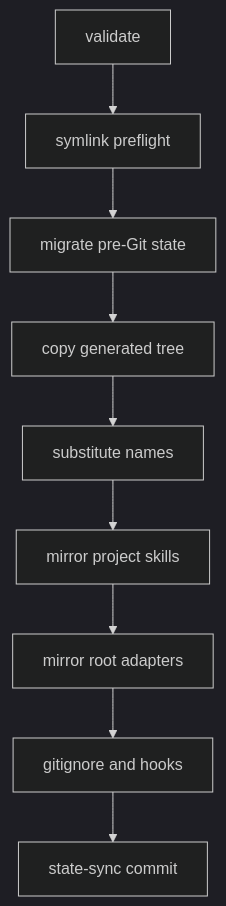
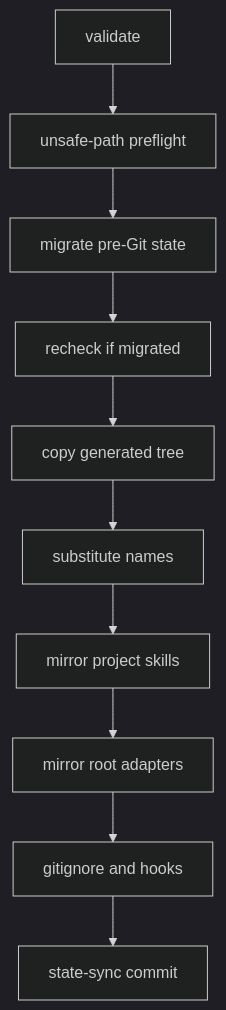
Before and after one commit to Ghisso/github_copilot_bootstrap: the diagram in openwiki/operations/install-ownership-and-runtime-checks.md, drawn with Mermaid (dark theme). The commit also changed other lines of this file and 5 other files, not shown here.

````diff
--- a/openwiki/operations/install-ownership-and-runtime-checks.md
+++ b/openwiki/operations/install-ownership-and-runtime-checks.md
@@ -148,11 +176,12 @@
 ```mermaid
 flowchart TD
-    V[validate] --> L[symlink preflight]
+    V[validate] --> L[unsafe-path preflight]
     L --> M[migrate pre-Git state]
-    M --> C[copy generated tree]
+    M --> R[recheck if migrated]
+    R --> C[copy generated tree]
     C --> S[substitute names]
     S --> P[mirror project skills]
     P --> B[mirror root adapters]
     B --> I[gitignore and hooks]
     I --> Y[state-sync commit]
 ```
````
